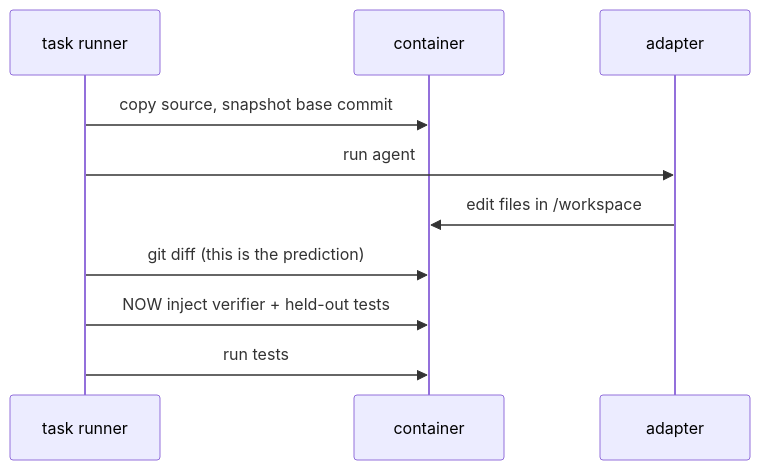
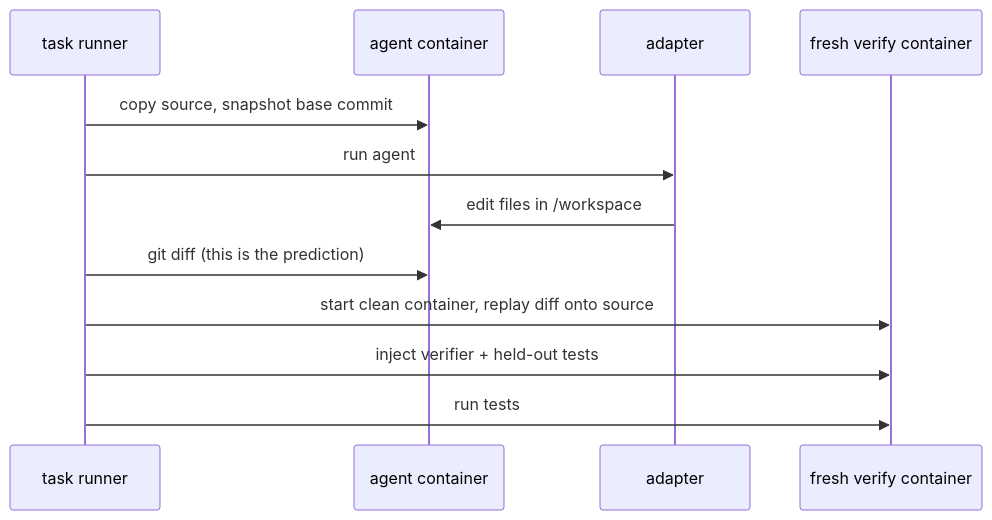
One commit to filipjevtic/reforge changed the second of 3 diagrams in docs/architecture.md. Above: the diagram before and after it, drawn with Mermaid. The commit also changed other lines of this file and 4 other files, not shown here.

First line of the commit message:
docs: catch up architecture, guides, and schema with recent features (#30)

````diff
--- a/docs/architecture.md
+++ b/docs/architecture.md
@@ -46,12 +48,14 @@
 ```mermaid
 sequenceDiagram
     participant R as task runner
-    participant C as container
+    participant AC as agent container
     participant A as adapter
-    R->>C: copy source, snapshot base commit
+    participant VC as fresh verify container
+    R->>AC: copy source, snapshot base commit
     R->>A: run agent
-    A->>C: edit files in /workspace
-    R->>C: git diff  (this is the prediction)
-    R->>C: NOW inject verifier + held-out tests
-    R->>C: run tests
+    A->>AC: edit files in /workspace
+    R->>AC: git diff  (this is the prediction)
+    R->>VC: start clean container, replay diff onto source
+    R->>VC: inject verifier + held-out tests
+    R->>VC: run tests
 ```
````
